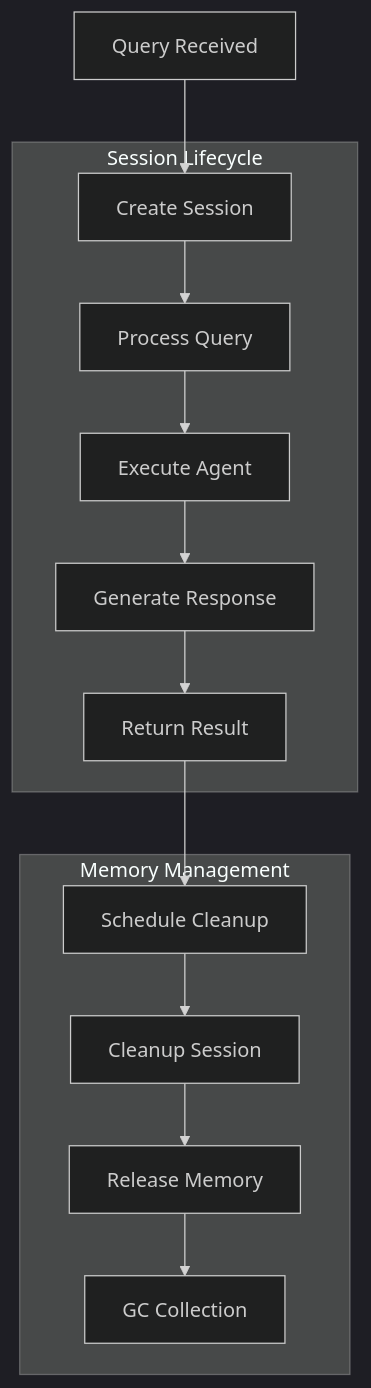
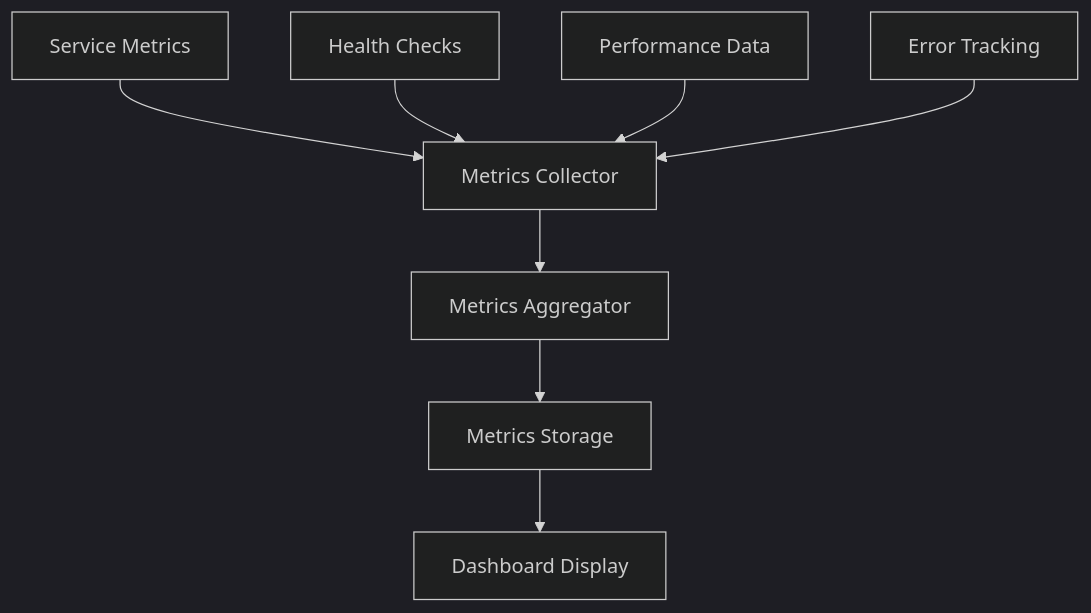
The seventh of 11 diagrams in ARCHITECTURE.md (ashfrnndz21/AgentOS_Latest_Release), drawn with Mermaid (dark theme) before and after one commit. The commit also changed other lines of this file and 174 other files, not shown here.

````diff
--- a/ARCHITECTURE.md
+++ b/ARCHITECTURE.md
@@ -185,27 +298,11 @@
 ```mermaid
 graph TD
-    A[Query Received] --> B[Create Session]
-    B --> C[Process Query]
-    C --> D[Execute Agent]
-    D --> E[Generate Response]
-    E --> F[Return Result]
-    F --> G[Schedule Cleanup]
-    G --> H[Cleanup Session]
-    H --> I[Release Memory]
-    I --> J[GC Collection]
+    A[Service Metrics] --> B[Metrics Collector]
+    B --> C[Metrics Aggregator]
+    C --> D[Metrics Storage]
+    D --> E[Dashboard Display]
     
-    subgraph "Session Lifecycle"
-        B
-        C
-        D
-        E
-        F
-    end
-    
-    subgraph "Memory Management"
-        G
-        H
-        I
-        J
-    end
+    F[Health Checks] --> B
+    G[Performance Data] --> B
+    H[Error Tracking] --> B
 ```
````
